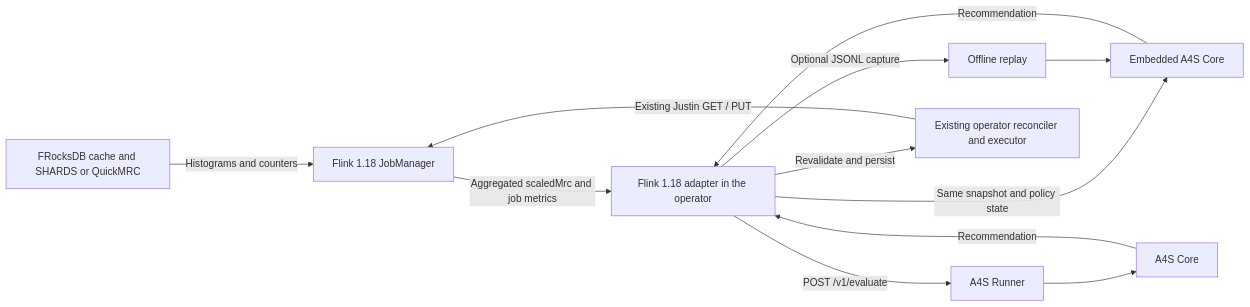
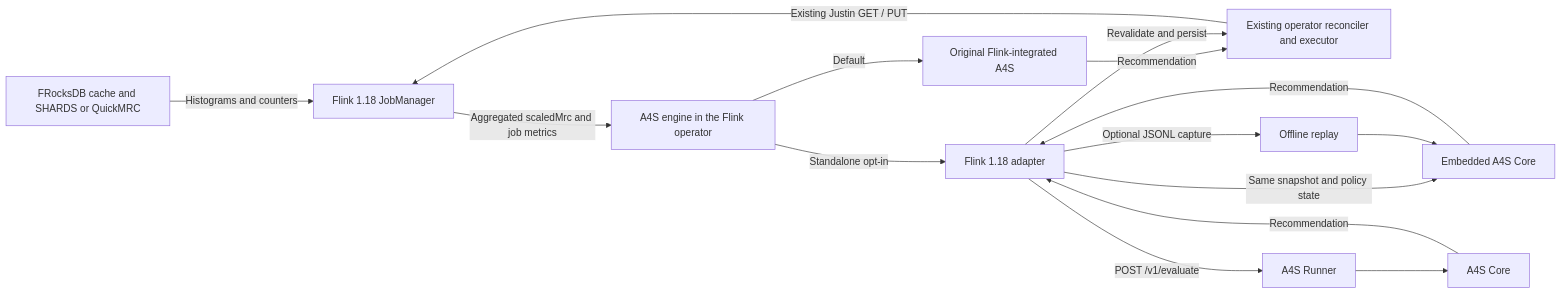
The diagram in docs/a4s-standalone.md (johnymeng/flink-kubernetes-autoscaling), drawn with Mermaid before and after one commit. The commit also changed other lines of this file and 24 other files, not shown here.

Commit message:
Keep Flink-integrated A4S as the default engine

````diff
--- a/docs/a4s-standalone.md
+++ b/docs/a4s-standalone.md
@@ -5,14 +5,17 @@
 ```mermaid
 flowchart LR
     Cache["FRocksDB cache and SHARDS or QuickMRC"] -->|Histograms and counters| JM["Flink 1.18 JobManager"]
-    JM -->|Aggregated scaledMrc and job metrics| Adapter["Flink 1.18 adapter in the operator"]
+    JM -->|Aggregated scaledMrc and job metrics| Engine["A4S engine in the Flink operator"]
+    Engine -->|Default| Legacy["Original Flink-integrated A4S"]
+    Engine -->|Standalone opt-in| Adapter["Flink 1.18 adapter"]
+    Legacy -->|Recommendation| Executor
     Adapter -->|Same snapshot and policy state| Embedded["Embedded A4S Core"]
     Adapter -->|POST /v1/evaluate| Runner["A4S Runner"]
     Runner --> Remote["A4S Core"]
     Adapter -->|Optional JSONL capture| Replay["Offline replay"]
     Replay --> Embedded
     Embedded -->|Recommendation| Adapter
     Remote -->|Recommendation| Adapter
     Adapter -->|Revalidate and persist| Executor["Existing operator reconciler and executor"]
     Executor -->|Existing Justin GET / PUT| JM
 ```
````
